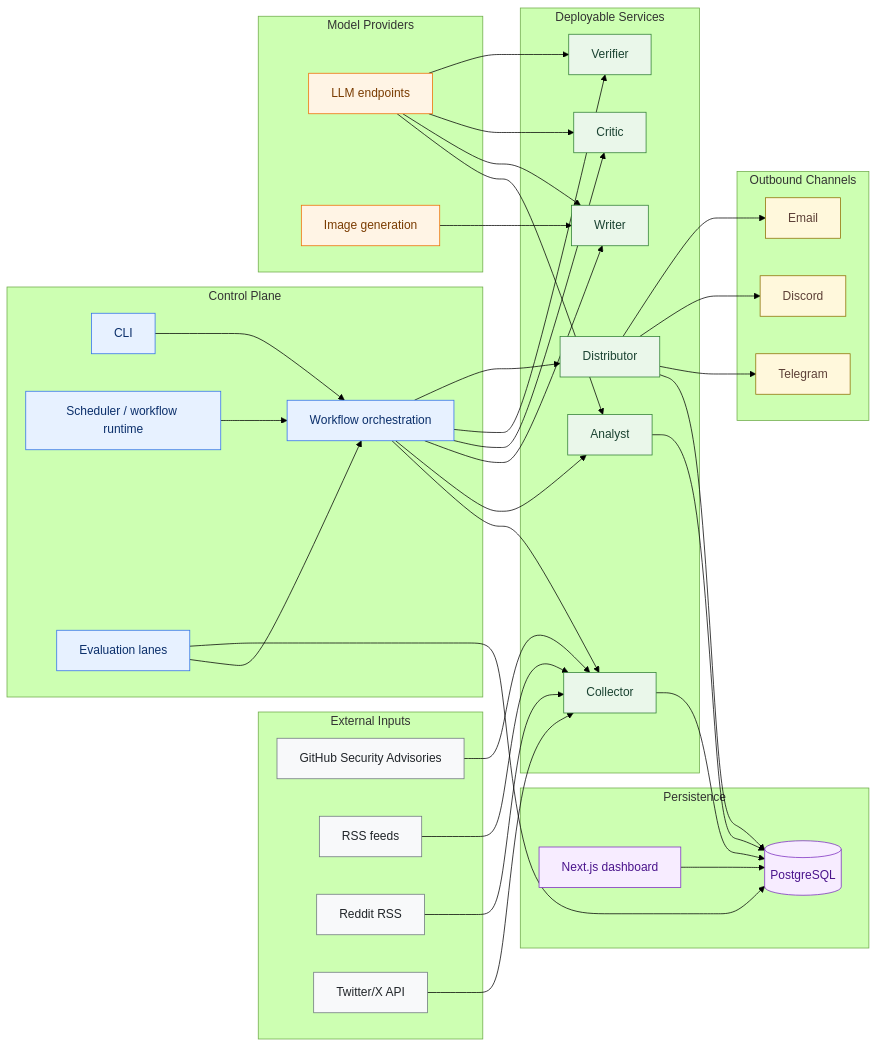
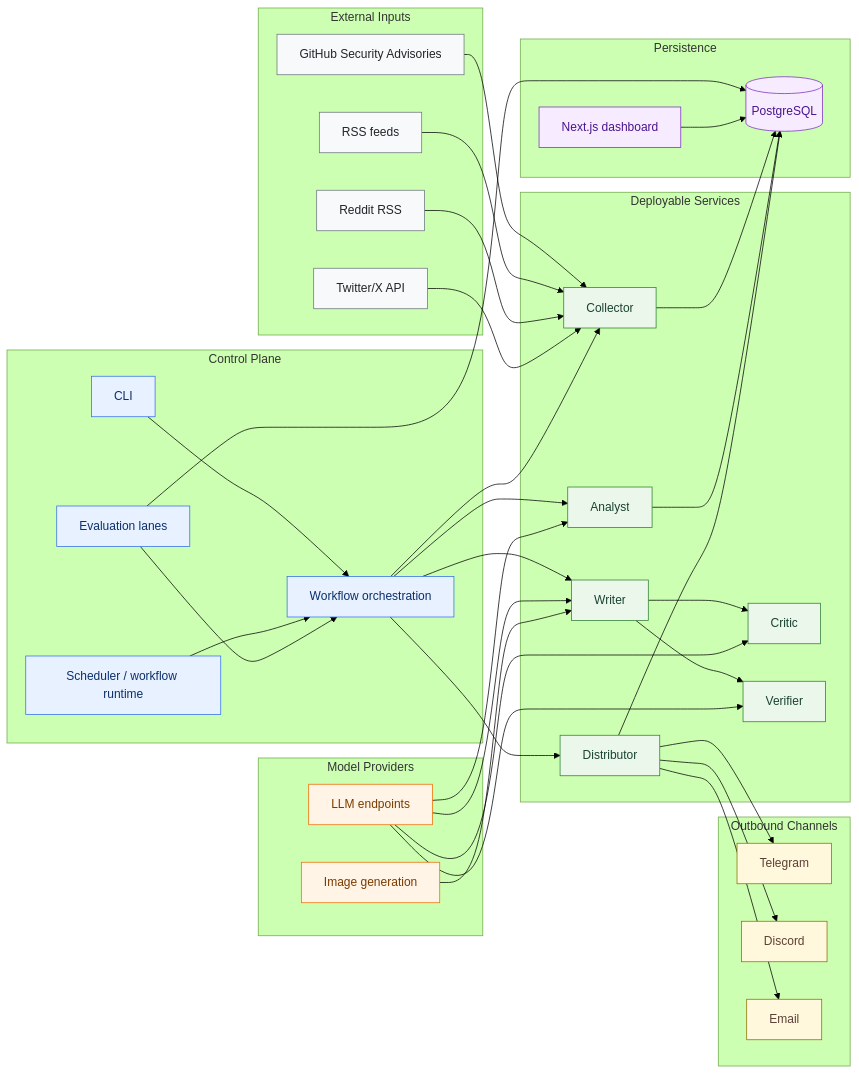
Before and after one commit to andreyka/broken-cloud-news: the first of 3 diagrams in README.md, drawn with Mermaid (forest theme). The commit also changed other lines of this file, not shown here.

Commit message:
Refresh README for current service architecture

````diff
--- a/README.md
+++ b/README.md
@@ -13,80 +13,80 @@
 ```mermaid
 flowchart LR
     classDef source fill:#f8f9fa,stroke:#6c757d,color:#212529
     classDef control fill:#e7f1ff,stroke:#2f6feb,color:#0b2f6b
     classDef service fill:#eaf7ea,stroke:#2e7d32,color:#1b4332
     classDef store fill:#f7ecff,stroke:#7b2cbf,color:#4a148c
     classDef model fill:#fff4e5,stroke:#ef6c00,color:#7a3b00
     classDef output fill:#fff8dc,stroke:#8d6e00,color:#5d4037
 
     subgraph Inputs["External Inputs"]
         GHSA["GitHub Security Advisories"]:::source
         RSS["RSS feeds"]:::source
         Reddit["Reddit RSS"]:::source
         Twitter["Twitter/X API"]:::source
     end
 
     subgraph Control["Control Plane"]
         CLI["CLI"]:::control
         Scheduler["Scheduler / workflow runtime"]:::control
         Workflows["Workflow orchestration"]:::control
         Eval["Evaluation lanes"]:::control
     end
 
     subgraph Services["Deployable Services"]
         Collector["Collector"]:::service
         Analyst["Analyst"]:::service
         Writer["Writer"]:::service
         Critic["Critic"]:::service
         Verifier["Verifier"]:::service
         Distributor["Distributor"]:::service
     end
 
     subgraph Storage["Persistence"]
         Postgres[("PostgreSQL")]:::store
         Dashboard["Next.js dashboard"]:::store
     end
 
     subgraph Models["Model Providers"]
         LLM["LLM endpoints"]:::model
         Image["Image generation"]:::model
     end
 
     subgraph Outputs["Outbound Channels"]
         Telegram["Telegram"]:::output
         Discord["Discord"]:::output
         Email["Email"]:::output
     end
 
     GHSA --> Collector
     RSS --> Collector
     Reddit --> Collector
     Twitter --> Collector
 
     CLI --> Workflows
     Scheduler --> Workflows
     Eval --> Workflows
 
     Workflows --> Collector
     Workflows --> Analyst
     Workflows --> Writer
-    Workflows --> Critic
-    Workflows --> Verifier
     Workflows --> Distributor
+    Writer --> Critic
+    Writer --> Verifier
 
     Collector --> Postgres
     Analyst --> Postgres
     Distributor --> Postgres
     Eval --> Postgres
     Dashboard --> Postgres
 
     LLM --> Analyst
     LLM --> Writer
     LLM --> Critic
     LLM --> Verifier
     Image --> Writer
 
     Distributor --> Telegram
     Distributor --> Discord
     Distributor --> Email
 ```
````
